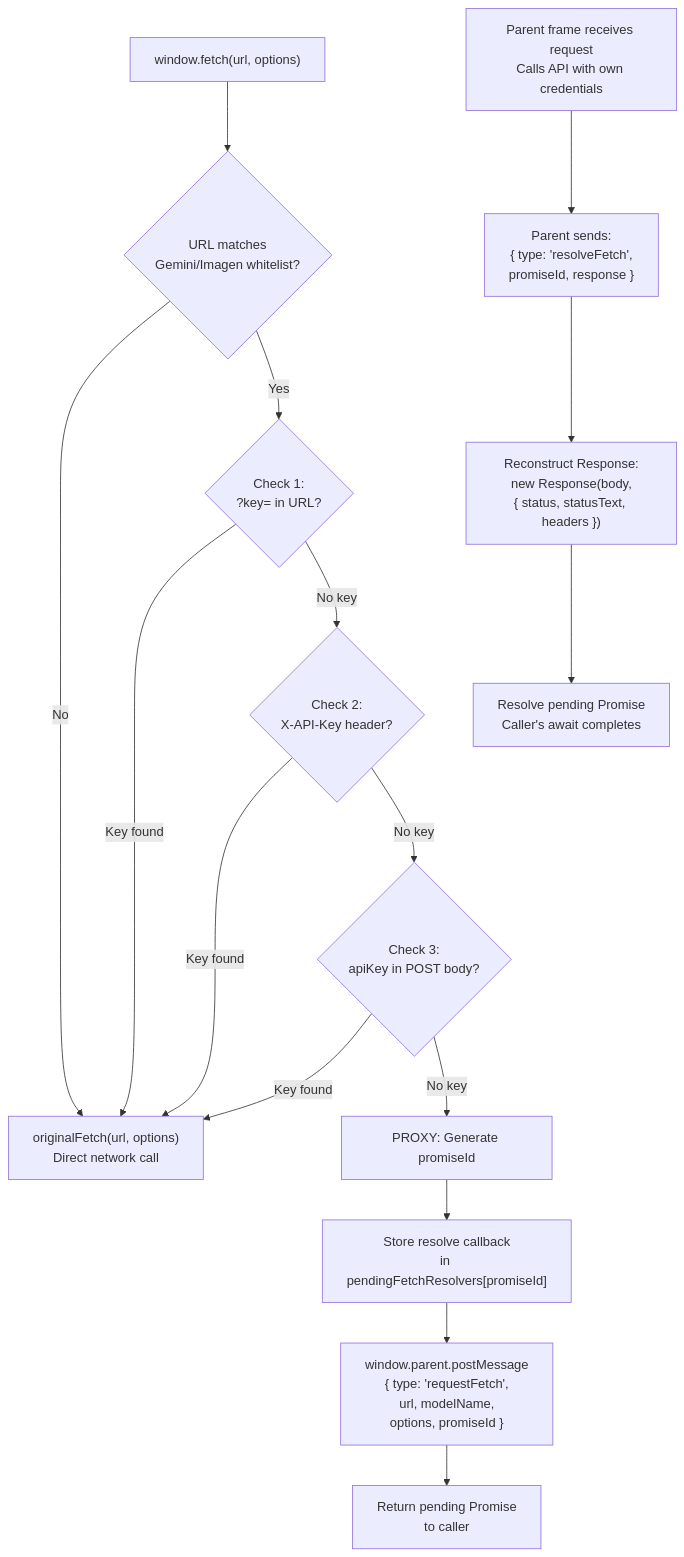
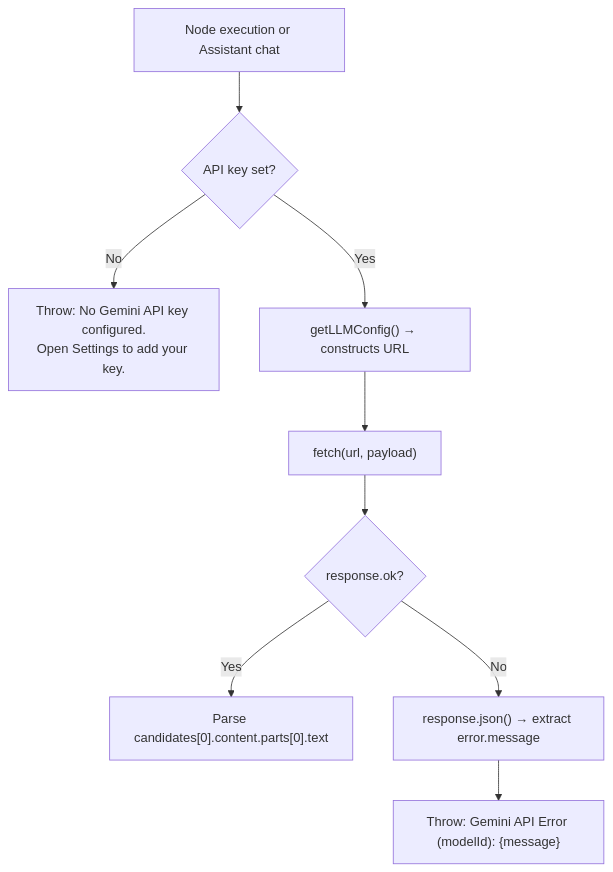
The first of 3 diagrams in DOCUMENTATION.md (vksepm/ai-flow-visualizer-html), drawn with Mermaid before and after one commit. The commit also changed other lines of this file and 19 other files, not shown here.

````diff
--- a/DOCUMENTATION.md
+++ b/DOCUMENTATION.md
@@ -221,24 +209,11 @@
 ```mermaid
 flowchart TD
-    A["window.fetch(url, options)"] --> B{URL matches<br/>Gemini/Imagen whitelist?}
-
-    B -->|No| C["originalFetch(url, options)<br/>Direct network call"]
-    B -->|Yes| D{"Check 1:<br/>?key= in URL?"}
-
-    D -->|Key found| C
-    D -->|No key| E{"Check 2:<br/>X-API-Key header?"}
-
-    E -->|Key found| C
-    E -->|No key| F{"Check 3:<br/>apiKey in POST body?"}
-
-    F -->|Key found| C
-    F -->|No key| G["PROXY: Generate promiseId"]
-
-    G --> H["Store resolve callback<br/>in pendingFetchResolvers[promiseId]"]
-    H --> I["window.parent.postMessage<br/>{ type: 'requestFetch',<br/>url, modelName,<br/>options, promiseId }"]
-    I --> J["Return pending Promise<br/>to caller"]
-
-    K["Parent frame receives request<br/>Calls API with own credentials"] --> L["Parent sends:<br/>{ type: 'resolveFetch',<br/>promiseId, response }"]
-    L --> M["Reconstruct Response:<br/>new Response(body,<br/>{ status, statusText, headers })"]
-    M --> N["Resolve pending Promise<br/>Caller's await completes"]
+    A["Node execution or Assistant chat"] --> B{API key set?}
+    B -->|No| C["Throw: No Gemini API key configured.\nOpen Settings to add your key."]
+    B -->|Yes| D["getLLMConfig() → constructs URL"]
+    D --> E["fetch(url, payload)"]
+    E --> F{response.ok?}
+    F -->|Yes| G["Parse candidates[0].content.parts[0].text"]
+    F -->|No| H["response.json() → extract error.message"]
+    H --> I["Throw: Gemini API Error (modelId): {message}"]
 ```
````
